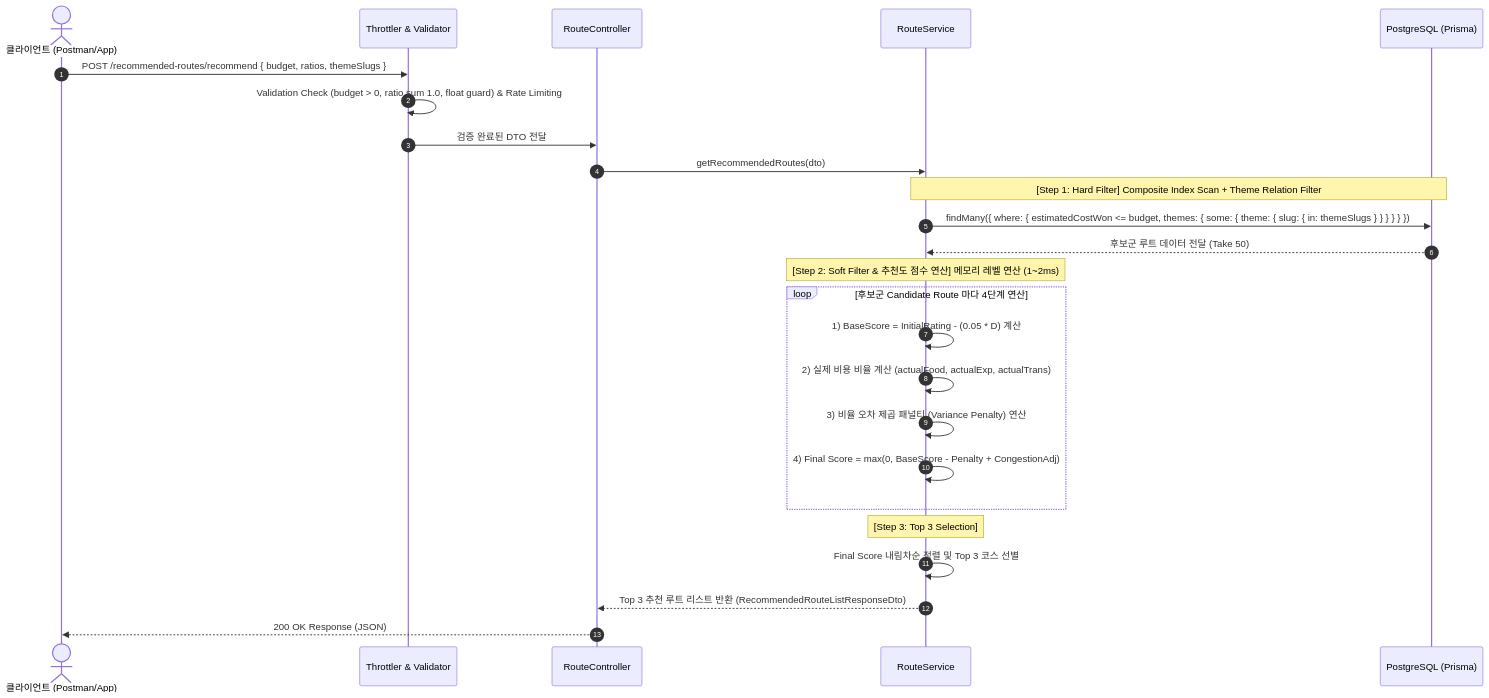
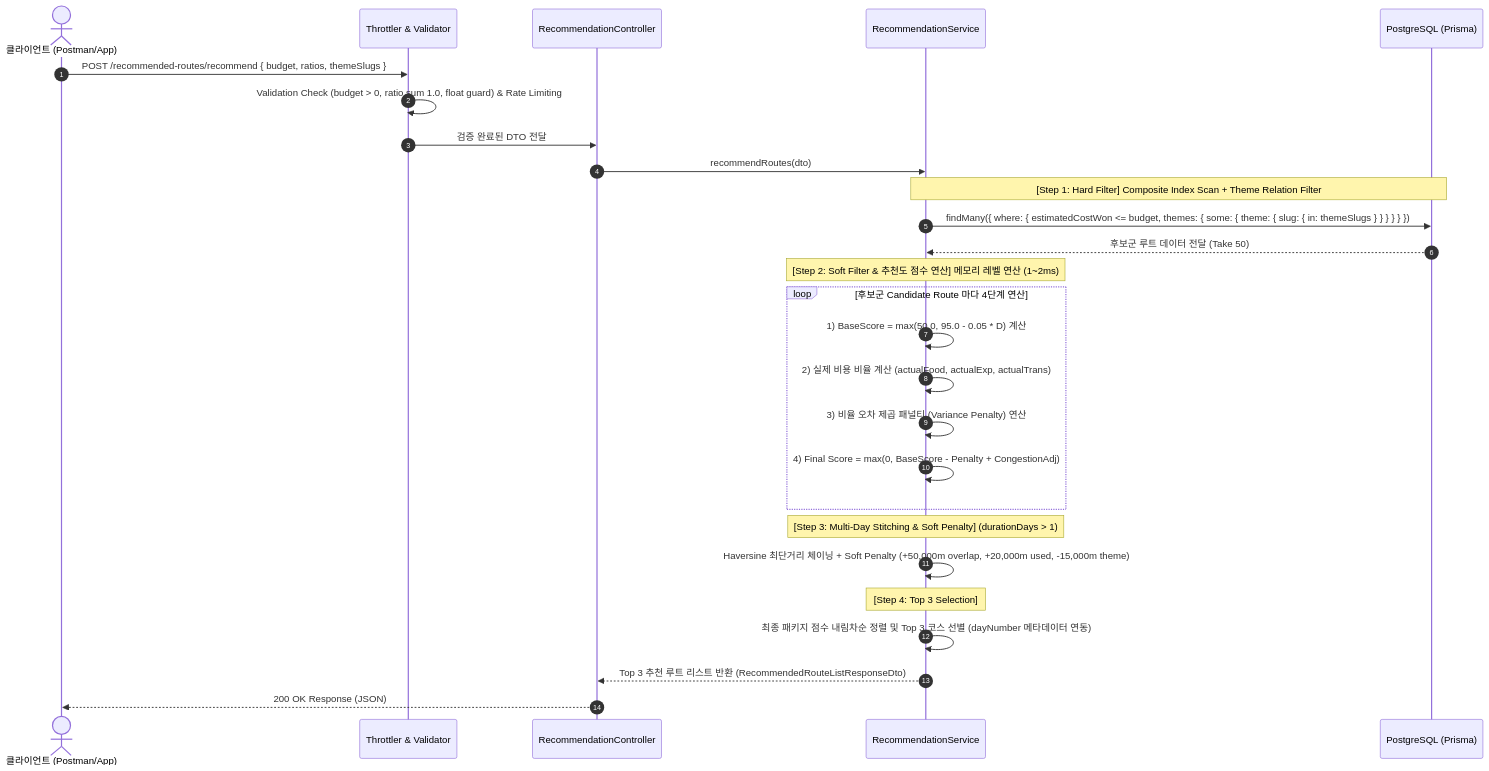
Before and after one commit to oiso-bagi/OISO-BE: the second of 2 diagrams in docs/recommend-route-architecture.md, drawn with Mermaid. The commit also changed other lines of this file and 1 other file, not shown here.

````diff
--- a/docs/recommend-route-architecture.md
+++ b/docs/recommend-route-architecture.md
@@ -102,31 +135,34 @@
 ```mermaid
 sequenceDiagram
     autonumber
     actor Client as 클라이언트 (Postman/App)
     participant Throttler as Throttler & Validator
-    participant Ctrl as RouteController
-    participant Svc as RouteService
+    participant Ctrl as RecommendationController
+    participant Svc as RecommendationService
     participant DB as PostgreSQL (Prisma)
 
     Client->>Throttler: POST /recommended-routes/recommend { budget, ratios, themeSlugs }
     Throttler->>Throttler: Validation Check (budget > 0, ratio sum 1.0, float guard) & Rate Limiting
     Throttler->>Ctrl: 검증 완료된 DTO 전달
-    Ctrl->>Svc: getRecommendedRoutes(dto)
+    Ctrl->>Svc: recommendRoutes(dto)
     
     Note over Svc,DB: [Step 1: Hard Filter] Composite Index Scan + Theme Relation Filter
     Svc->>DB: findMany({ where: { estimatedCostWon <= budget, themes: { some: { theme: { slug: { in: themeSlugs } } } } } })
     DB-->>Svc: 후보군 루트 데이터 전달 (Take 50)
     
     Note over Svc: [Step 2: Soft Filter & 추천도 점수 연산] 메모리 레벨 연산 (1~2ms)
     loop 후보군 Candidate Route 마다 4단계 연산
-        Svc->>Svc: 1) BaseScore = InitialRating - (0.05 * D) 계산
+        Svc->>Svc: 1) BaseScore = max(50.0, 95.0 - 0.05 * D) 계산
         Svc->>Svc: 2) 실제 비용 비율 계산 (actualFood, actualExp, actualTrans)
         Svc->>Svc: 3) 비율 오차 제곱 패널티 (Variance Penalty) 연산
         Svc->>Svc: 4) Final Score = max(0, BaseScore - Penalty + CongestionAdj)
     end
     
-    Note over Svc: [Step 3: Top 3 Selection]
-    Svc->>Svc: Final Score 내림차순 정렬 및 Top 3 코스 선별
+    Note over Svc: [Step 3: Multi-Day Stitching & Soft Penalty] (durationDays > 1)
+    Svc->>Svc: Haversine 최단거리 체이닝 + Soft Penalty (+50,000m overlap, +20,000m used, -15,000m theme)
+
+    Note over Svc: [Step 4: Top 3 Selection]
+    Svc->>Svc: 최종 패키지 점수 내림차순 정렬 및 Top 3 코스 선별 (dayNumber 메타데이터 연동)
     Svc-->>Ctrl: Top 3 추천 루트 리스트 반환 (RecommendedRouteListResponseDto)
     Ctrl-->>Client: 200 OK Response (JSON)
 ```
````
